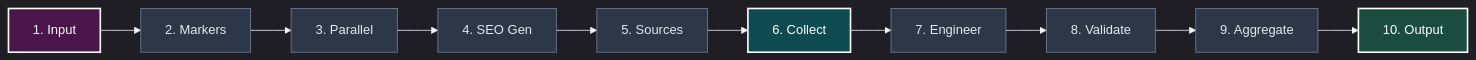
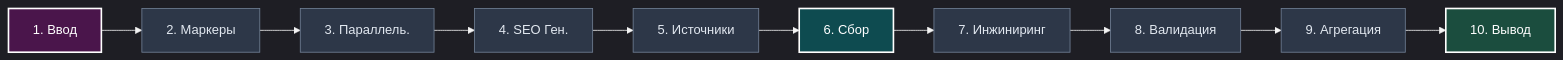
Before and after one commit to anrikos/Data-Driven-system: the diagram in README.ru.md, drawn with Mermaid. The commit also changed other lines of this file, not shown here.

````diff
--- a/README.ru.md
+++ b/README.ru.md
@@ -42,20 +36,19 @@
 ```mermaid
 %%{init: {'theme': 'dark', 'themeVariables': { 'lineColor': '#F4F4F4', 'edgeLabelBackground':'#222' }}}%%
 graph LR
-    %% Row 1
-    A[1. Input] --> B[2. Markers] --> C[3. Parallel] --> D[4. SEO Gen] --> E[5. Sources]
+    %% Строка 1
+    A[1. Ввод] --> B[2. Маркеры] --> C[3. Параллель.] --> D[4. SEO Ген.] --> E[5. Источники]
     
-    %% Compact Connection
-    E --> F[6. Collect]
+    %% Компактный переход
+    E --> F[6. Сбор]
     
-    %% Row 2
-    F --> G[7. Engineer] --> H[8. Validate] --> I[9. Aggregate] --> J[10. Output]
+    %% Строка 2
+    F --> G[7. Инжиниринг] --> H[8. Валидация] --> I[9. Агрегация] --> J[10. Вывод]
 
-    %% High-contrast highlights
+    %% Контрастная подсветка блоков
     style A fill:#4a154b,stroke:#fff,stroke-width:2px,color:#fff
     style F fill:#0e4b50,stroke:#fff,stroke-width:2px,color:#fff
     style J fill:#1b4d3e,stroke:#fff,stroke-width:2px,color:#fff
     
     classDef default fill:#2d3748,stroke:#718096,stroke-width:1px,color:#e2e8f0;
-
 ```
````
